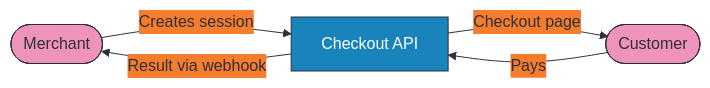
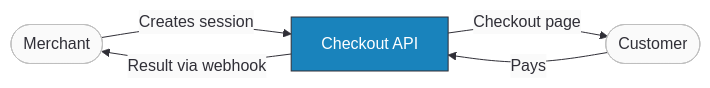
The diagram in docs/developers/payments/index.md (ottuco/docs), drawn with Mermaid before and after one commit. The commit also changed 11 other files, not shown here.

First line of the commit message:
monochrome diagrams, live checkout demo, SDK image sizing, CodeTabs fix

````diff
--- a/docs/developers/payments/index.md
+++ b/docs/developers/payments/index.md
@@ -41,22 +41,11 @@
 ```mermaid
-%%{init: {
-  "theme": "base",
-  "themeVariables": {
-    "background": "#F4F4F4",
-    "primaryColor": "#1983BC",
-    "primaryTextColor": "#302F37",
-    "primaryBorderColor": "#302F37",
-    "lineColor": "#302F37",
-    "secondaryColor": "#F57D2D",
-    "tertiaryColor": "#F093BC"
-  }
-}}%%
+%%{init: {"theme": "base", "themeVariables": {"background": "#F4F4F4", "primaryColor": "#FAFAFA", "primaryTextColor": "#302F37", "primaryBorderColor": "#BFBFBF", "lineColor": "#302F37", "secondaryColor": "#FAFAFA", "tertiaryColor": "#FAFAFA"}}}%%
 flowchart LR
-    M([Merchant]):::external -->|Creates session| API[Checkout API]:::service
-    API -->|Checkout page| CUST([Customer]):::external
+    M([Merchant]) -->|Creates session| API[Checkout API]
+    API -->|Checkout page| CUST([Customer])
     CUST -->|Pays| API
     API -->|Result via webhook| M
 
-    classDef service fill:#1983BC,color:#FFFFFF,stroke:#302F37
-    classDef external fill:#F093BC,color:#302F37,stroke:#302F37
+    classDef accent fill:#1983BC,color:#FFFFFF,stroke:#302F37
+    class API accent
 ```
````
